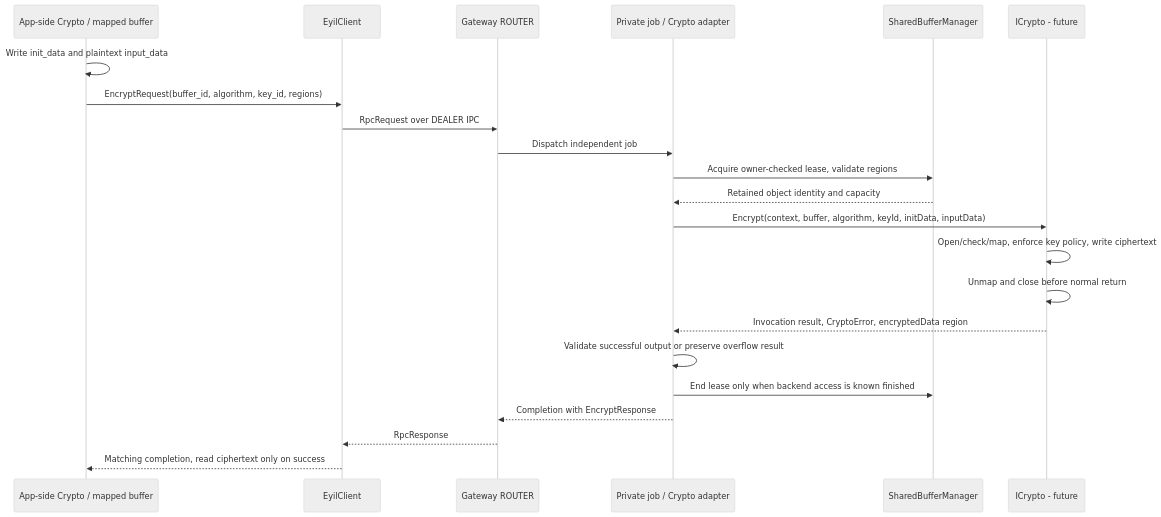
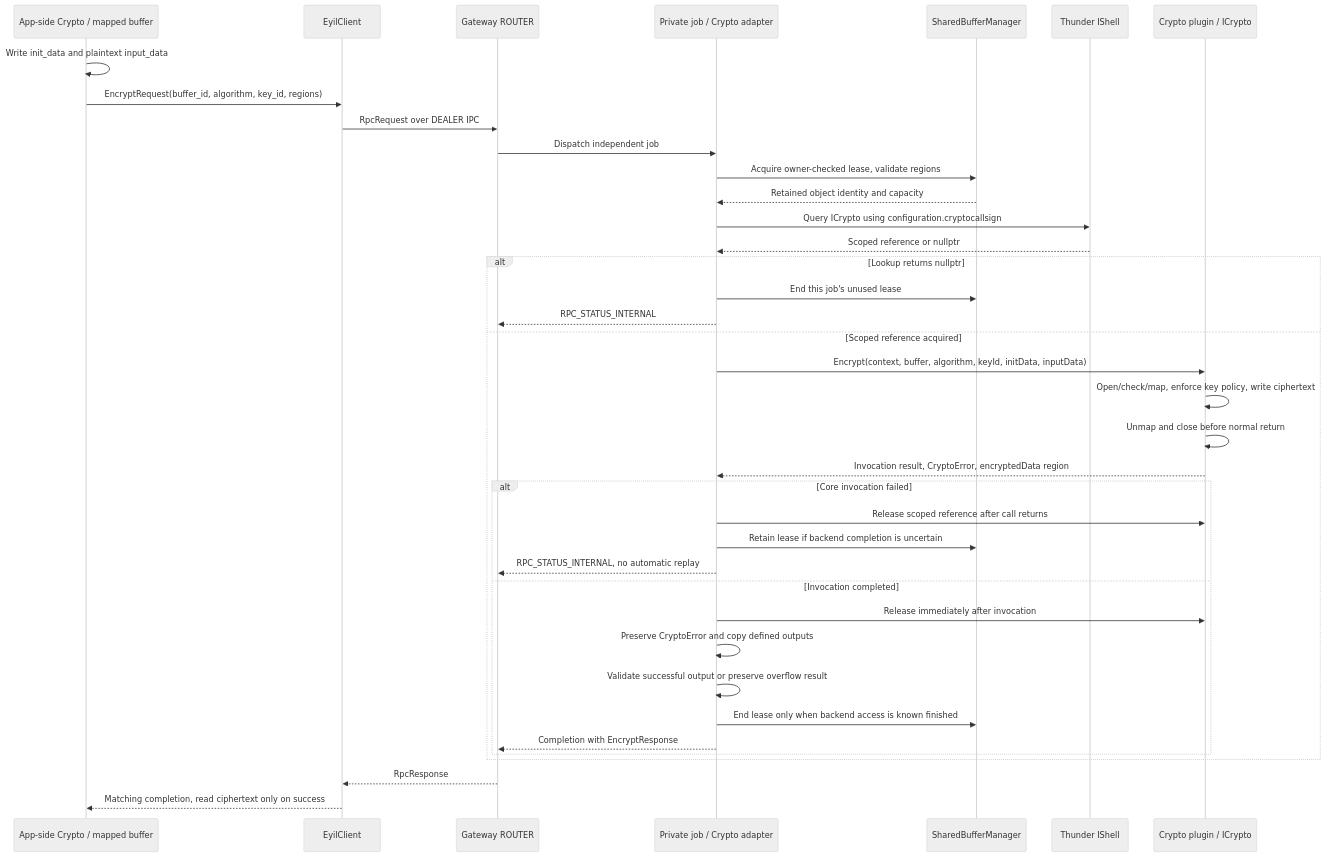
Before and after one commit to rdkcentral/eyil-secure-gateway: diagram 22 of 30 in doc/EyilSecureGateway.md, drawn with Mermaid (neutral theme). The commit also changed other lines of this file, not shown here.

````diff
--- a/doc/EyilSecureGateway.md
+++ b/doc/EyilSecureGateway.md
@@ -2642,24 +2740,40 @@
 ```mermaid
 sequenceDiagram
     participant A as App-side Crypto / mapped buffer
     participant L as EyilClient
     participant R as Gateway ROUTER
     participant J as Private job / Crypto adapter
     participant B as SharedBufferManager
-    participant C as ICrypto - future
+    participant T as Thunder IShell
+    participant C as Crypto plugin / ICrypto
     A->>A: Write init_data and plaintext input_data
     A->>L: EncryptRequest(buffer_id, algorithm, key_id, regions)
     L->>R: RpcRequest over DEALER IPC
     R->>J: Dispatch independent job
     J->>B: Acquire owner-checked lease, validate regions
     B-->>J: Retained object identity and capacity
-    J->>C: Encrypt(context, buffer, algorithm, keyId, initData, inputData)
-    C->>C: Open/check/map, enforce key policy, write ciphertext
-    C->>C: Unmap and close before normal return
-    C-->>J: Invocation result, CryptoError, encryptedData region
-    J->>J: Validate successful output or preserve overflow result
-    J->>B: End lease only when backend access is known finished
-    J-->>R: Completion with EncryptResponse
+    J->>T: Query ICrypto using configuration.cryptocallsign
+    T-->>J: Scoped reference or nullptr
+    alt Lookup returns nullptr
+        J->>B: End this job's unused lease
+        J-->>R: RPC_STATUS_INTERNAL
+    else Scoped reference acquired
+        J->>C: Encrypt(context, buffer, algorithm, keyId, initData, inputData)
+        C->>C: Open/check/map, enforce key policy, write ciphertext
+        C->>C: Unmap and close before normal return
+        C-->>J: Invocation result, CryptoError, encryptedData region
+        alt Core invocation failed
+            J->>C: Release scoped reference after call returns
+            J->>B: Retain lease if backend completion is uncertain
+            J-->>R: RPC_STATUS_INTERNAL, no automatic replay
+        else Invocation completed
+            J->>C: Release immediately after invocation
+            J->>J: Preserve CryptoError and copy defined outputs
+            J->>J: Validate successful output or preserve overflow result
+            J->>B: End lease only when backend access is known finished
+            J-->>R: Completion with EncryptResponse
+        end
+    end
     R-->>L: RpcResponse
     L-->>A: Matching completion, read ciphertext only on success
 ```
````
